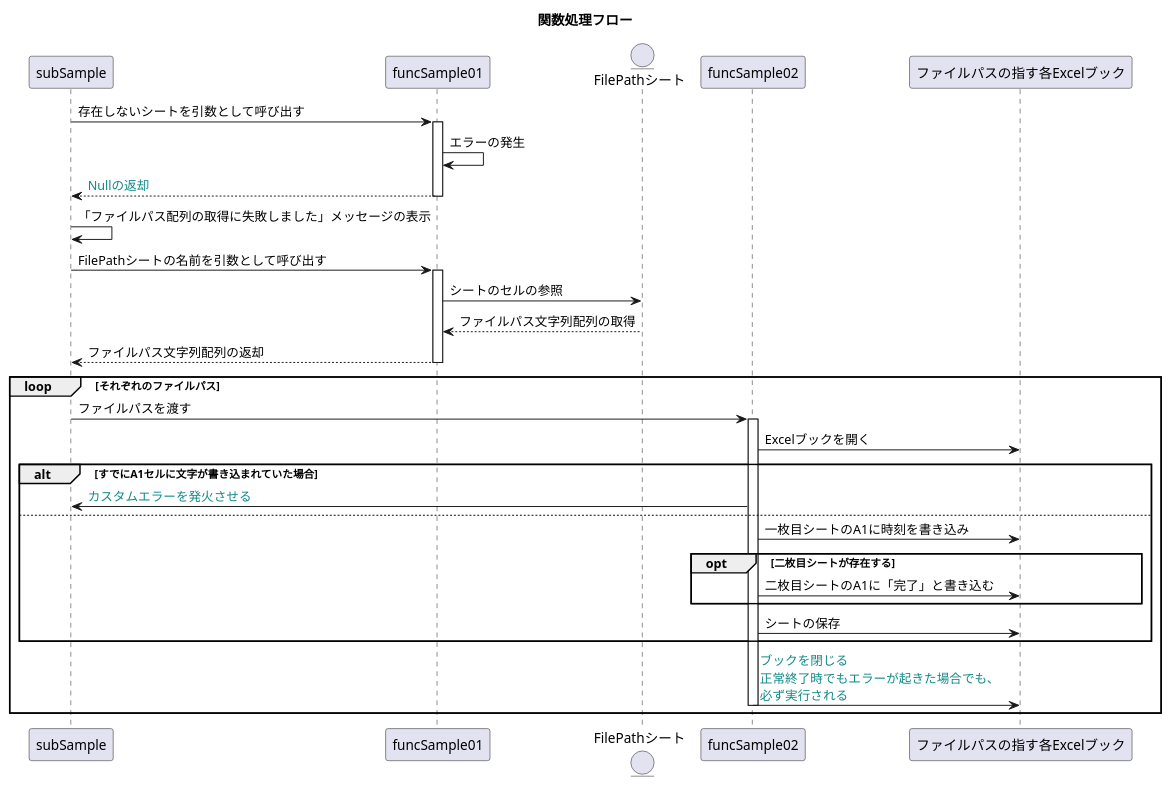
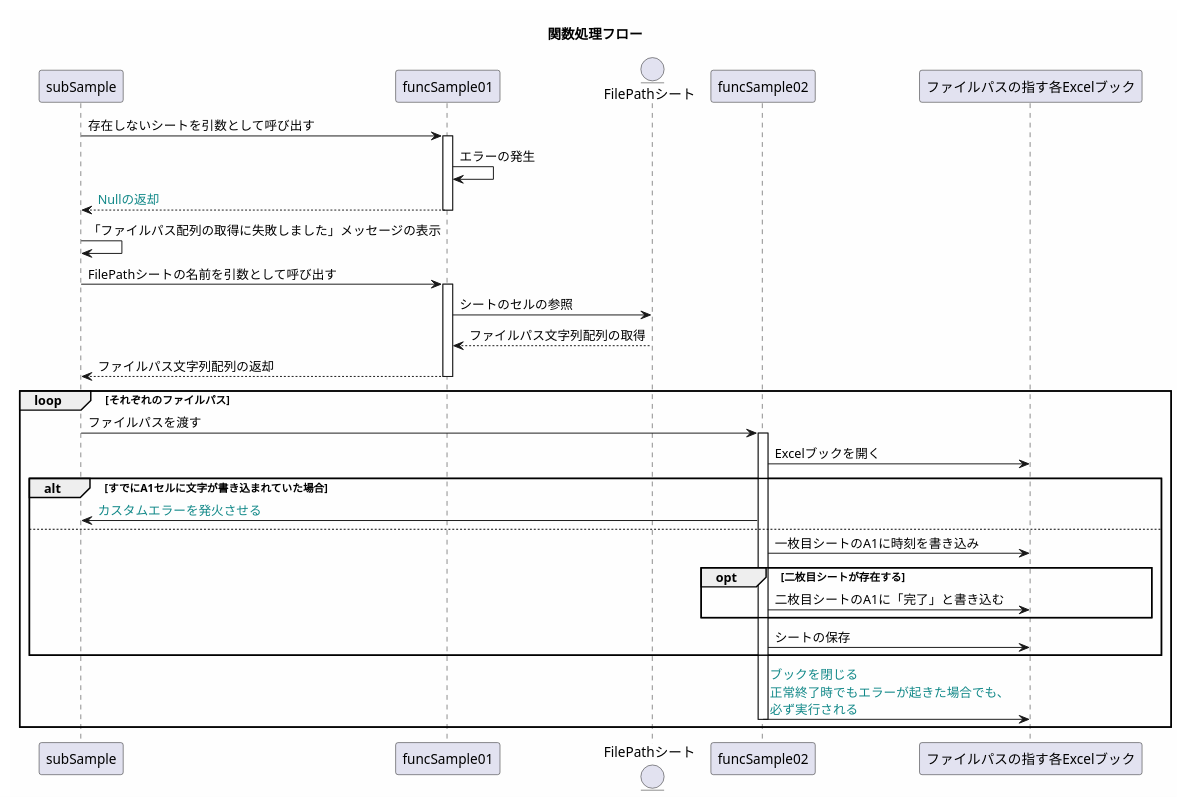
One commit to dede-20191130/dede-20191130.github.io changed the diagram in content/posts/2020/12/VBA-Exception-Handle/dependence.pu. Above: the diagram before and after it, drawn with PlantUML. The commit also changed 33 other files, not shown here.

```diff
--- a/content/posts/2020/12/VBA-Exception-Handle/dependence.pu
+++ b/content/posts/2020/12/VBA-Exception-Handle/dependence.pu
@@ -1,42 +1,47 @@
 @startuml
+
+skinparam{
+    BackgroundColor #fefefe
+}
+
 title 関数処理フロー
 participant subSample
 participant funcSample01
 entity FilePathシート as FPSt
 participant funcSample02
 participant ファイルパスの指す各Excelブック as WB
 
 
 subSample -> funcSample01: 存在しないシートを引数として呼び出す
 activate funcSample01
 funcSample01 -> funcSample01: エラーの発生
 funcSample01 --> subSample: <color:#118888>Nullの返却
 deactivate funcSample01
 subSample -> subSample: 「ファイルパス配列の取得に失敗しました」メッセージの表示
 
 subSample -> funcSample01: FilePathシートの名前を引数として呼び出す
 activate funcSample01
 funcSample01 -> FPSt: シートのセルの参照
 FPSt --> funcSample01: ファイルパス文字列配列の取得
 funcSample01 --> subSample: ファイルパス文字列配列の返却
 deactivate funcSample01
 
 loop それぞれのファイルパス
     subSample -> funcSample02: ファイルパスを渡す
     activate funcSample02
     funcSample02 -> WB: Excelブックを開く
     alt すでにA1セルに文字が書き込まれていた場合
         funcSample02 -> subSample: <color:#118888>カスタムエラーを発火させる
     else
     funcSample02 -> WB: 一枚目シートのA1に時刻を書き込み
     opt 二枚目シートが存在する
         funcSample02 -> WB: 二枚目シートのA1に「完了」と書き込む
     end
     funcSample02 -> WB: シートの保存
     end
     funcSample02 -> WB: <color:#118888>ブックを閉じる\n<color:#118888>正常終了時でもエラーが起きた場合でも、\n<color:#118888>必ず実行される
     deactivate funcSample02
 end
 
 
 @enduml
```
